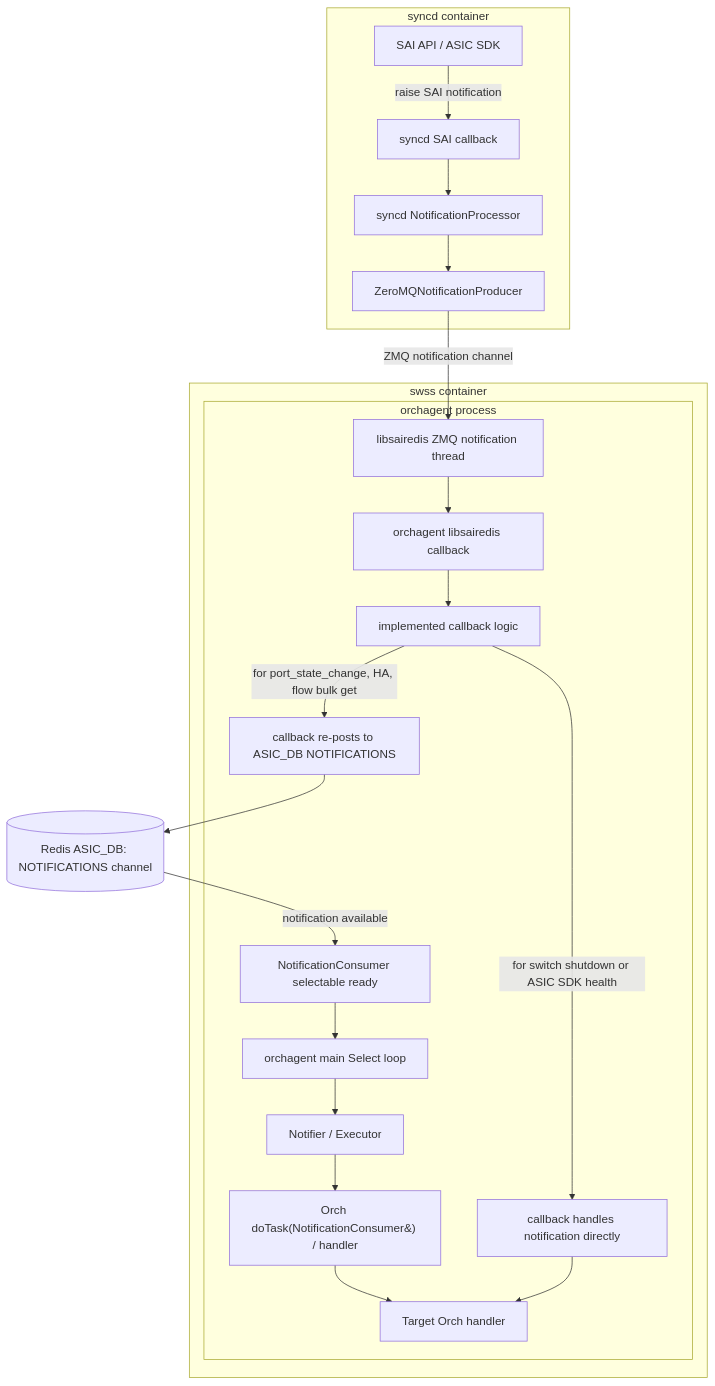
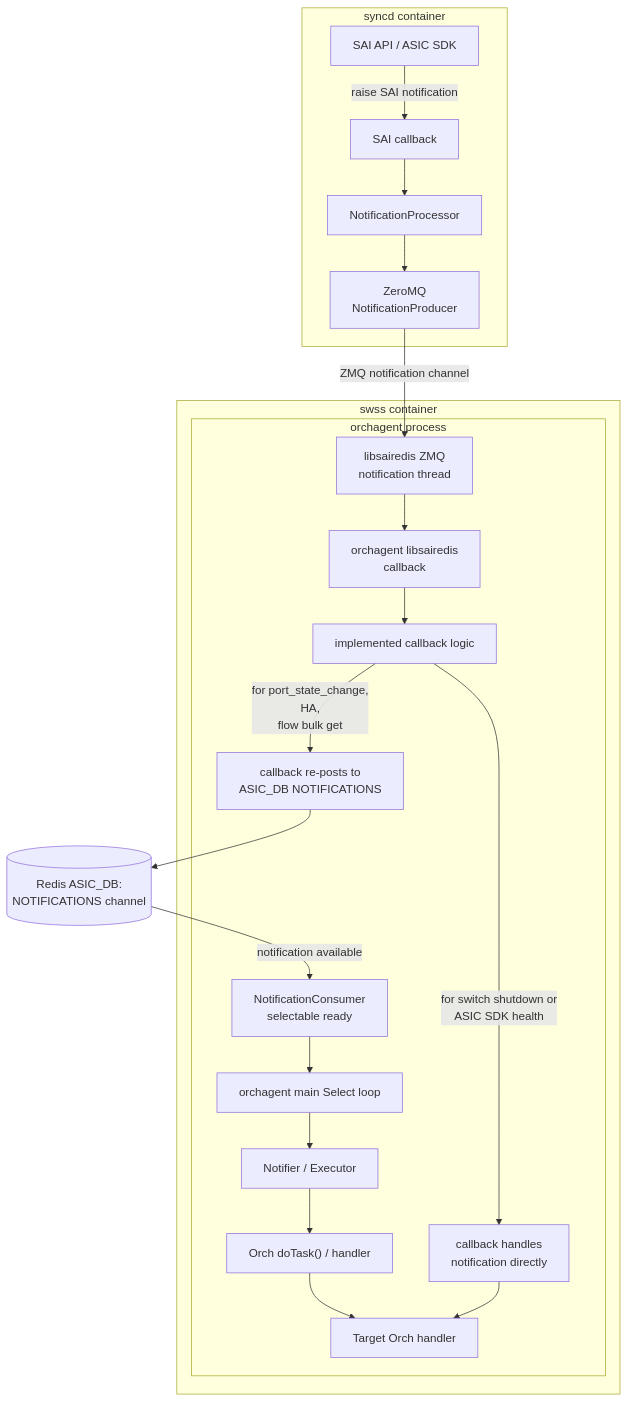
Before and after one commit to sonic-net/sonic-buildimage: the second of 11 diagrams in hld/zmq-southbound-sai-notification-handling.md, drawn with Mermaid. The commit also changed other lines of this file, not shown here.

Commit message:
Improve HLD Mermaid diagram rendering

````diff
--- a/hld/zmq-southbound-sai-notification-handling.md
+++ b/hld/zmq-southbound-sai-notification-handling.md
@@ -110,44 +110,44 @@
 ```mermaid
 flowchart TD
     subgraph syncdContainer["syncd container"]
         saiApi["SAI API / ASIC SDK"]
-        syncdCallback["syncd SAI callback"]
-        notificationProcessor["syncd NotificationProcessor"]
-        zmqProducer["ZeroMQNotificationProducer"]
+        syncdCallback["SAI callback"]
+        notificationProcessor["NotificationProcessor"]
+        zmqProducer["ZeroMQ<br/>NotificationProducer"]
     end
 
-    redisNotifications[("Redis ASIC_DB: NOTIFICATIONS channel")]
+    redisNotifications[("Redis ASIC_DB:<br/>NOTIFICATIONS channel")]
 
     subgraph swssContainer["swss container"]
         subgraph orchagentProcess["orchagent process"]
-            zmqThread["libsairedis ZMQ notification thread"]
-            saiCallback["orchagent libsairedis callback"]
+            zmqThread["libsairedis ZMQ<br/>notification thread"]
+            saiCallback["orchagent libsairedis<br/>callback"]
             callbackLogic["implemented callback logic"]
-            redisRepost["callback re-posts to ASIC_DB NOTIFICATIONS"]
-            directHandler["callback handles notification directly"]
-            redisConsumerReady["NotificationConsumer selectable ready"]
+            redisRepost["callback re-posts to<br/>ASIC_DB NOTIFICATIONS"]
+            directHandler["callback handles<br/>notification directly"]
+            redisConsumerReady["NotificationConsumer<br/>selectable ready"]
             mainLoop["orchagent main Select loop"]
             notifier["Notifier / Executor"]
-            redisDoTask["Orch doTask(NotificationConsumer&) / handler"]
+            redisDoTask["Orch doTask() / handler"]
             orchHandler["Target Orch handler"]
         end
     end
 
     saiApi -->|"raise SAI notification"| syncdCallback
     syncdCallback --> notificationProcessor
     notificationProcessor --> zmqProducer
     zmqProducer -->|"ZMQ notification channel"| zmqThread
     zmqThread --> saiCallback
     saiCallback --> callbackLogic
 
-    callbackLogic -->|"for port_state_change, HA, flow bulk get"| redisRepost
+    callbackLogic -->|"for port_state_change,<br/>HA,<br/>flow bulk get"| redisRepost
     redisRepost --> redisNotifications
     redisNotifications -->|"notification available"| redisConsumerReady
     redisConsumerReady --> mainLoop
     mainLoop --> notifier
     notifier --> redisDoTask
     redisDoTask --> orchHandler
 
-    callbackLogic -->|"for switch shutdown or ASIC SDK health"| directHandler
+    callbackLogic -->|"for switch shutdown or<br/>ASIC SDK health"| directHandler
     directHandler --> orchHandler
 ```
````
